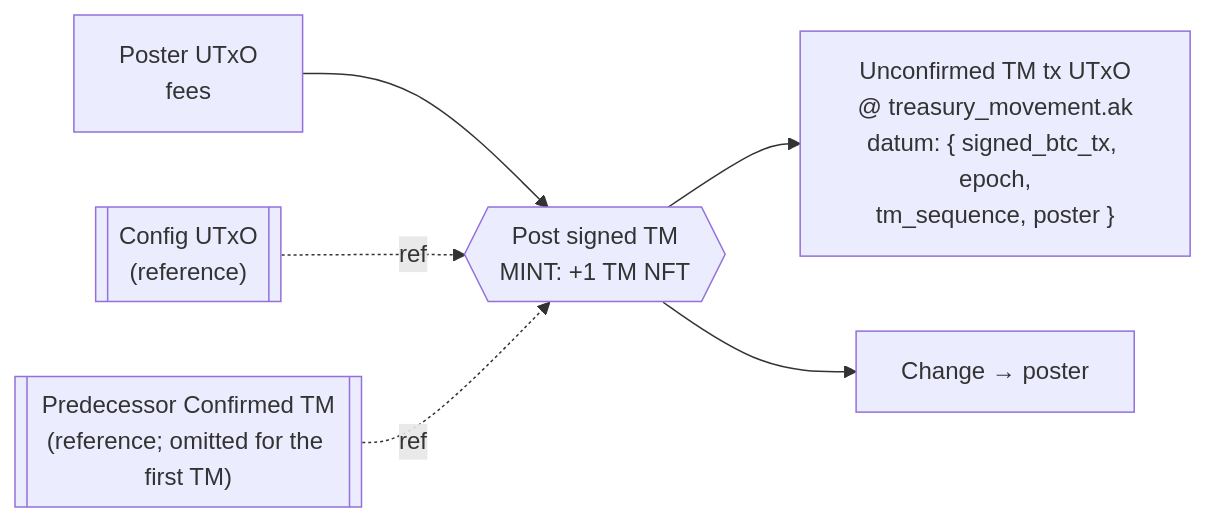
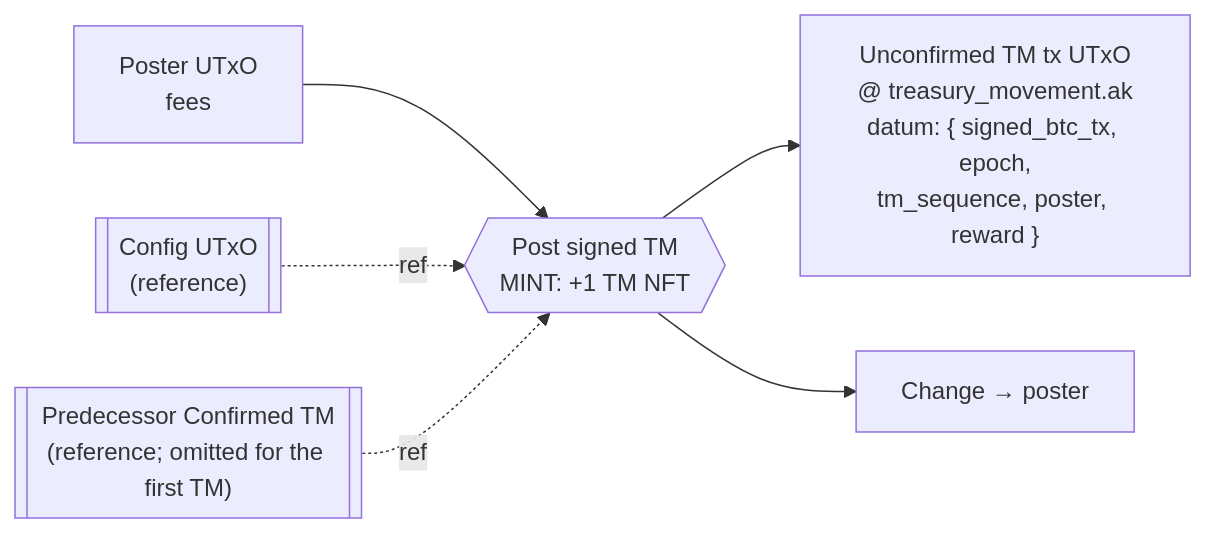
The fifth of 11 diagrams in documentation/technical_documentation.md (FluidTokens/ft-bifrost-bridge), drawn with Mermaid before and after one commit. The commit also changed other lines of this file, not shown here.

````diff
--- a/documentation/technical_documentation.md
+++ b/documentation/technical_documentation.md
@@ -949,8 +999,8 @@
 ```mermaid
 flowchart LR
   poster["Poster UTxO<br/>fees"] --> tx{{"Post signed TM<br/>MINT: +1 TM NFT"}}
   cfg_ref[["Config UTxO<br/>(reference)"]] -. ref .-> tx
   prev_ref[["Predecessor Confirmed TM<br/>(reference; omitted for the first TM)"]] -. ref .-> tx
-  tx --> unconf["Unconfirmed TM tx UTxO<br/>@ treasury_movement.ak<br/>datum: { signed_btc_tx, epoch,<br/>tm_sequence, poster }"]
+  tx --> unconf["Unconfirmed TM tx UTxO<br/>@ treasury_movement.ak<br/>datum: { signed_btc_tx, epoch,<br/>tm_sequence, poster, reward }"]
   tx --> change["Change → poster"]
 ```
````
